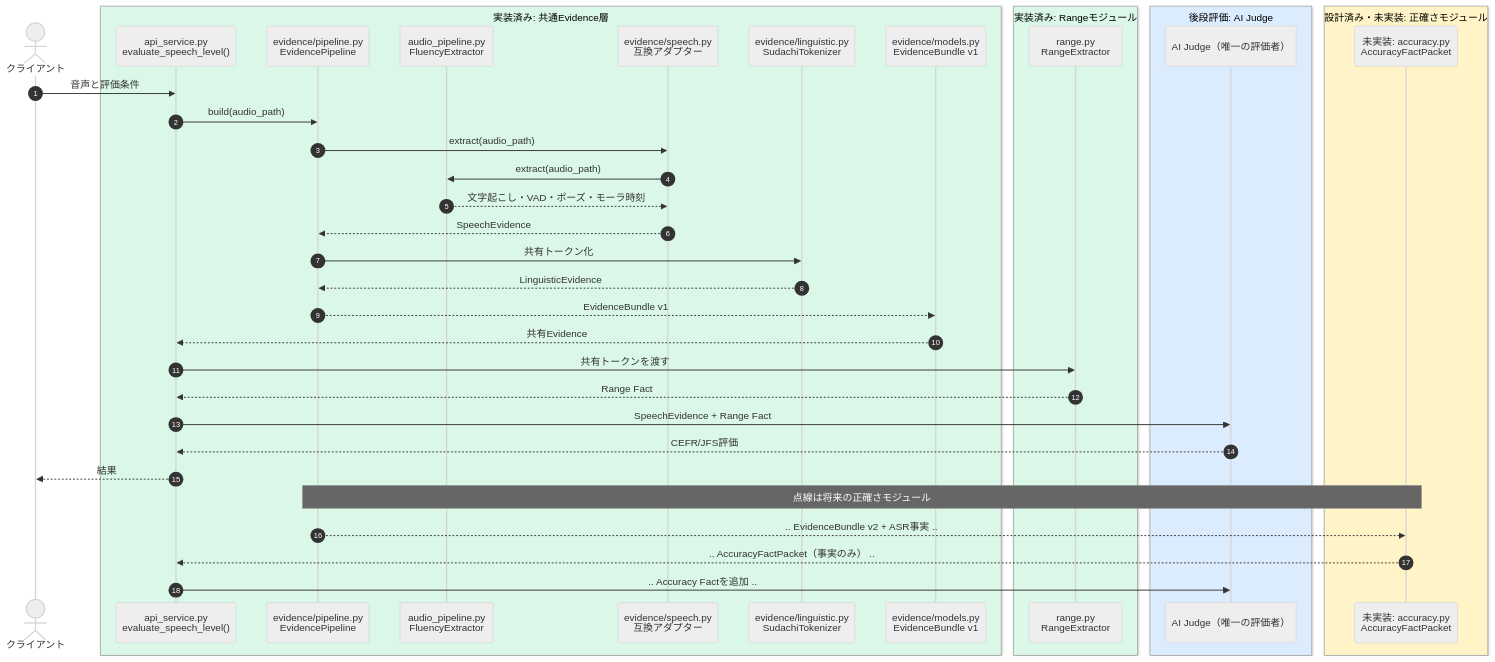
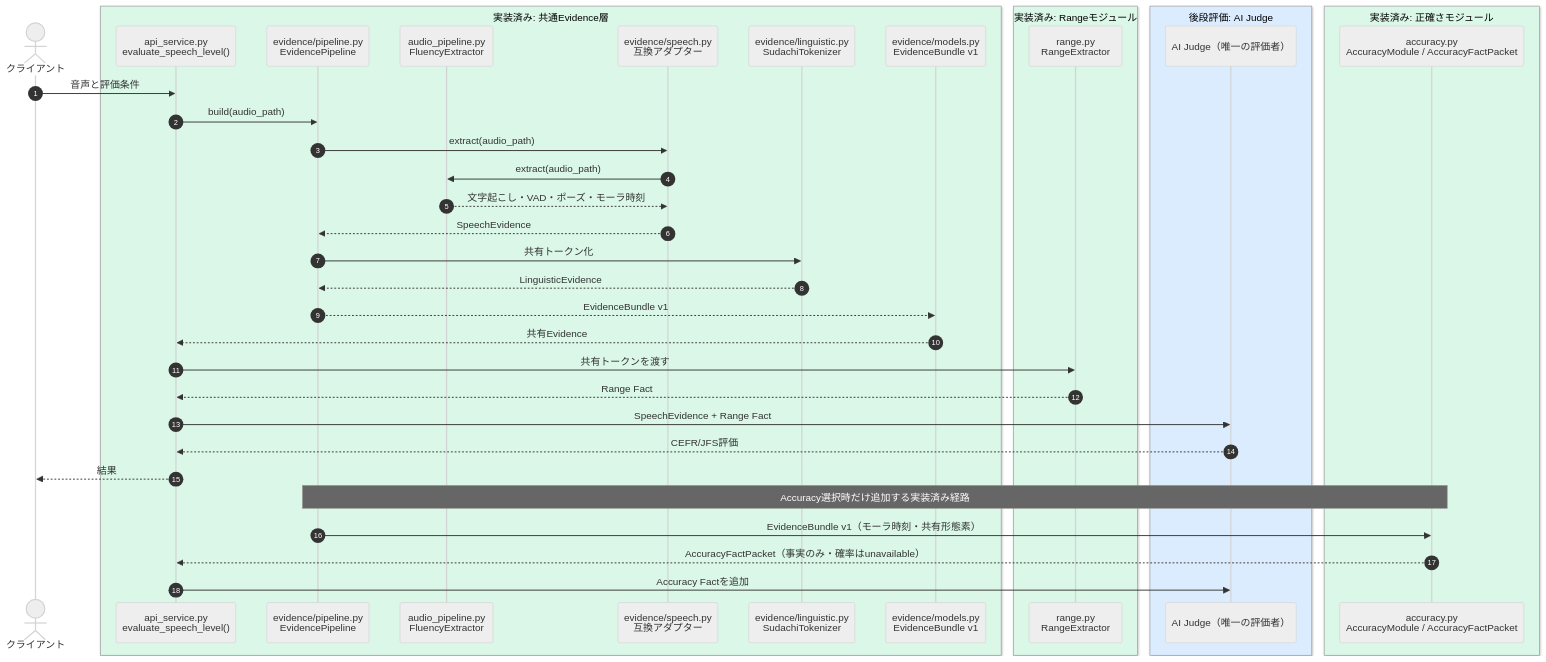
The diagram in docs/accuracy-current-architecture.md (nanonigit/japanese-speech-analysis), drawn with Mermaid (neutral theme) before and after one commit. The commit also changed other lines of this file and 18 other files, not shown here.

Commit message:
feat: add fact-only accuracy module

````diff
--- a/docs/accuracy-current-architecture.md
+++ b/docs/accuracy-current-architecture.md
@@ -5,43 +5,43 @@
 ```mermaid
 sequenceDiagram
     autonumber
     actor Client as クライアント
     box rgb(218, 247, 232) 実装済み: 共通Evidence層
     participant API as api_service.py<br/>evaluate_speech_level()
     participant Pipeline as evidence/pipeline.py<br/>EvidencePipeline
     participant Speech as audio_pipeline.py<br/>FluencyExtractor
     participant Adapter as evidence/speech.py<br/>互換アダプター
     participant Linguistic as evidence/linguistic.py<br/>SudachiTokenizer
     participant Bundle as evidence/models.py<br/>EvidenceBundle v1
     end
     box rgb(218, 247, 232) 実装済み: Rangeモジュール
     participant Range as range.py<br/>RangeExtractor
     end
     box rgb(220, 236, 255) 後段評価: AI Judge
     participant Judge as AI Judge（唯一の評価者）
     end
-    box rgb(255, 244, 199) 設計済み・未実装: 正確さモジュール
-    participant Accuracy as 未実装: accuracy.py<br/>AccuracyFactPacket
+    box rgb(218, 247, 232) 実装済み: 正確さモジュール
+    participant Accuracy as accuracy.py<br/>AccuracyModule / AccuracyFactPacket
     end
 
     Client->>API: 音声と評価条件
     API->>Pipeline: build(audio_path)
     Pipeline->>Adapter: extract(audio_path)
     Adapter->>Speech: extract(audio_path)
     Speech-->>Adapter: 文字起こし・VAD・ポーズ・モーラ時刻
     Adapter-->>Pipeline: SpeechEvidence
     Pipeline->>Linguistic: 共有トークン化
     Linguistic-->>Pipeline: LinguisticEvidence
     Pipeline-->>Bundle: EvidenceBundle v1
     Bundle-->>API: 共有Evidence
     API->>Range: 共有トークンを渡す
     Range-->>API: Range Fact
     API->>Judge: SpeechEvidence + Range Fact
     Judge-->>API: CEFR/JFS評価
     API-->>Client: 結果
 
-    Note over Pipeline,Accuracy: 点線は将来の正確さモジュール
-    Pipeline-->>Accuracy: .. EvidenceBundle v2 + ASR事実 ..
-    Accuracy-->>API: .. AccuracyFactPacket（事実のみ） ..
-    API->>Judge: .. Accuracy Factを追加 ..
+    Note over Pipeline,Accuracy: Accuracy選択時だけ追加する実装済み経路
+    Pipeline->>Accuracy: EvidenceBundle v1（モーラ時刻・共有形態素）
+    Accuracy-->>API: AccuracyFactPacket（事実のみ・確率はunavailable）
+    API->>Judge: Accuracy Factを追加
 ```
````
